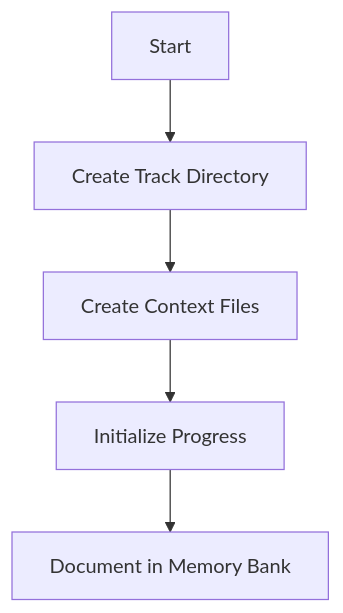
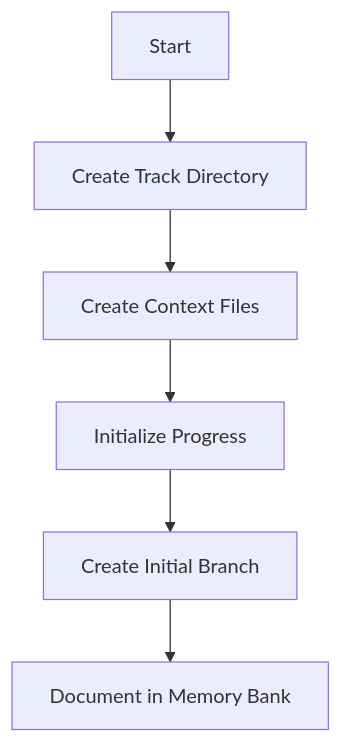
One commit to livingstonlarus/runic changed the first of 2 diagrams in runic/templates/memory/tracks/track-management.md. Above: the diagram before and after it, drawn with Mermaid. The commit also changed other lines of this file and 4 other files, not shown here.

````diff
--- a/runic/templates/memory/tracks/track-management.md
+++ b/runic/templates/memory/tracks/track-management.md
@@ -7,7 +7,8 @@
 ```mermaid
 flowchart TD
     Start[Start] --> Create[Create Track Directory]
     Create --> Context[Create Context Files]
     Context --> Progress[Initialize Progress]
-    Progress --> Document[Document in Memory Bank]
+    Progress --> Branch[Create Initial Branch]
+    Branch --> Document[Document in Memory Bank]
 ```
````
